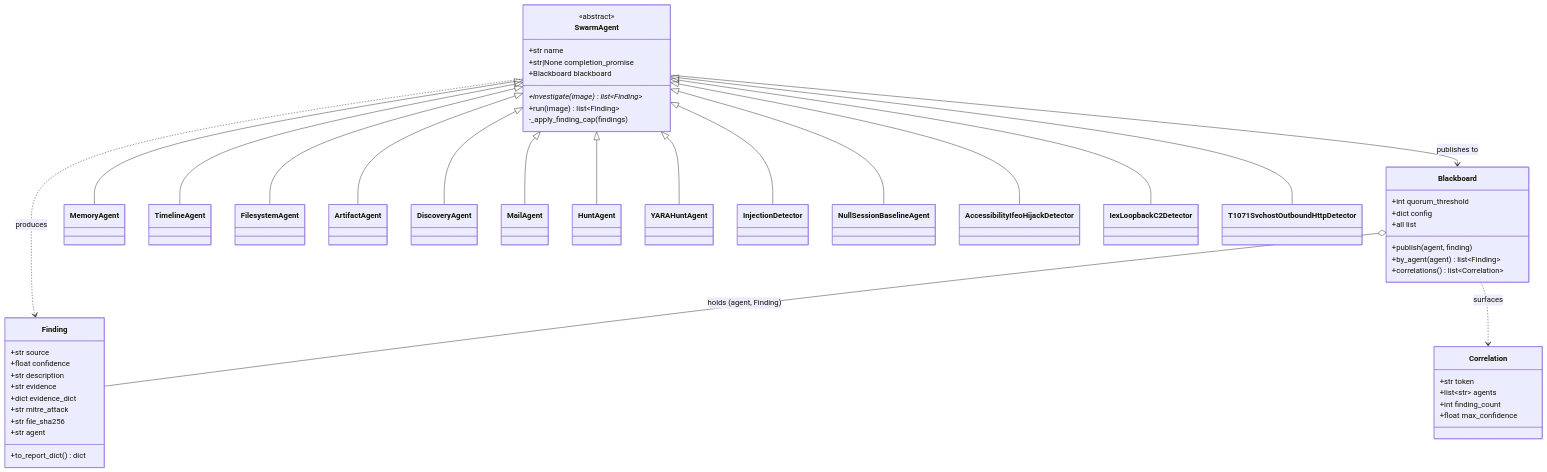
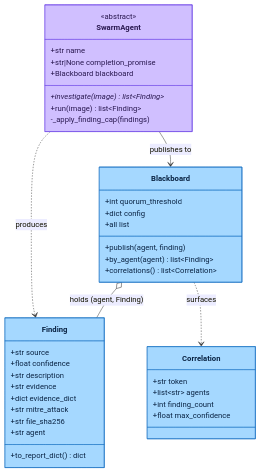
The first of 3 diagrams in docs/02-architecture/swarm-agents.md (galvangabriel-web/agentropix-mcp), drawn with Mermaid before and after one commit. The commit also changed other lines of this file and 20 other files, not shown here.

First line of the commit message:
Diagram readability pass (workflow): redesign diagrams for size/clarity + audit log

````diff
--- a/docs/02-architecture/swarm-agents.md
+++ b/docs/02-architecture/swarm-agents.md
@@ -20,63 +22,47 @@
 ```mermaid
 classDiagram
     class SwarmAgent {
         <<abstract>>
         +str name
         +str|None completion_promise
         +Blackboard blackboard
         +investigate(image) list~Finding~*
         +run(image) list~Finding~
         -_apply_finding_cap(findings)
     }
     class Finding {
         +str source
         +float confidence
         +str description
         +str evidence
         +dict evidence_dict
         +str mitre_attack
         +str file_sha256
         +str agent
         +to_report_dict() dict
     }
     class Blackboard {
         +int quorum_threshold
         +dict config
         +publish(agent, finding)
         +all list
         +by_agent(agent) list~Finding~
         +correlations() list~Correlation~
     }
     class Correlation {
         +str token
         +list~str~ agents
         +int finding_count
         +float max_confidence
     }
 
-    SwarmAgent <|-- MemoryAgent
-    SwarmAgent <|-- TimelineAgent
-    SwarmAgent <|-- FilesystemAgent
-    SwarmAgent <|-- ArtifactAgent
-    SwarmAgent <|-- DiscoveryAgent
-    SwarmAgent <|-- MailAgent
-    SwarmAgent <|-- HuntAgent
-    SwarmAgent <|-- YARAHuntAgent
-    SwarmAgent <|-- InjectionDetector
-    SwarmAgent <|-- NullSessionBaselineAgent
-    SwarmAgent <|-- AccessibilityIfeoHijackDetector
-    SwarmAgent <|-- IexLoopbackC2Detector
-    SwarmAgent <|-- T1071SvchostOutboundHttpDetector
-
     SwarmAgent ..> Finding : produces
     SwarmAgent --> Blackboard : publishes to
     Blackboard o-- Finding : holds (agent, Finding)
     Blackboard ..> Correlation : surfaces
 
-    classDef base fill:#d0bfff,stroke:#7048e8,color:#2b1a52
-    classDef agent fill:#b2f2bb,stroke:#2f9e44,color:#15391f
-    classDef data fill:#a5d8ff,stroke:#1971c2,color:#0b2545
-    cssClass "SwarmAgent" base
-    cssClass "MemoryAgent,TimelineAgent,FilesystemAgent,ArtifactAgent,DiscoveryAgent,MailAgent,HuntAgent,YARAHuntAgent,InjectionDetector,NullSessionBaselineAgent,AccessibilityIfeoHijackDetector,IexLoopbackC2Detector,T1071SvchostOutboundHttpDetector" agent
-    cssClass "Finding,Blackboard,Correlation" data
+    style SwarmAgent fill:#d0bfff,stroke:#7048e8,color:#2b1a52
+    style Finding fill:#a5d8ff,stroke:#1971c2,color:#0b2545
+    style Blackboard fill:#a5d8ff,stroke:#1971c2,color:#0b2545
+    style Correlation fill:#a5d8ff,stroke:#1971c2,color:#0b2545
 ```
````
